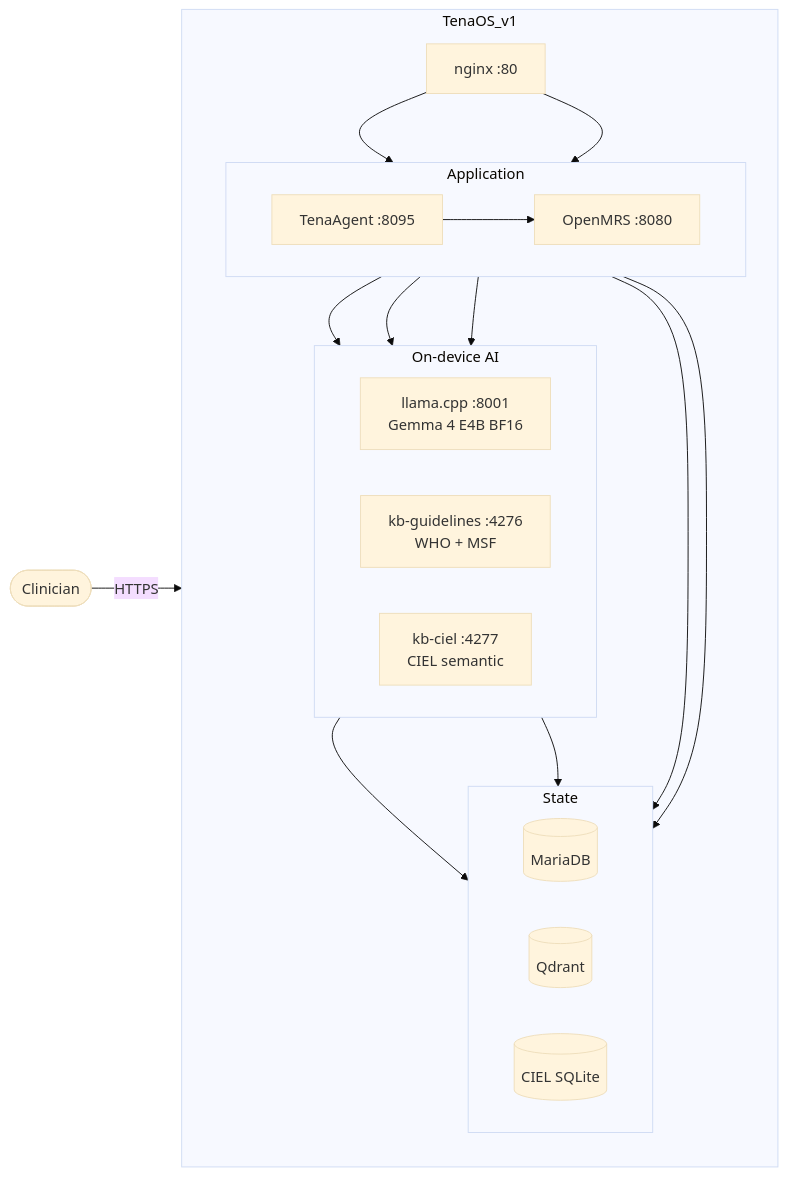
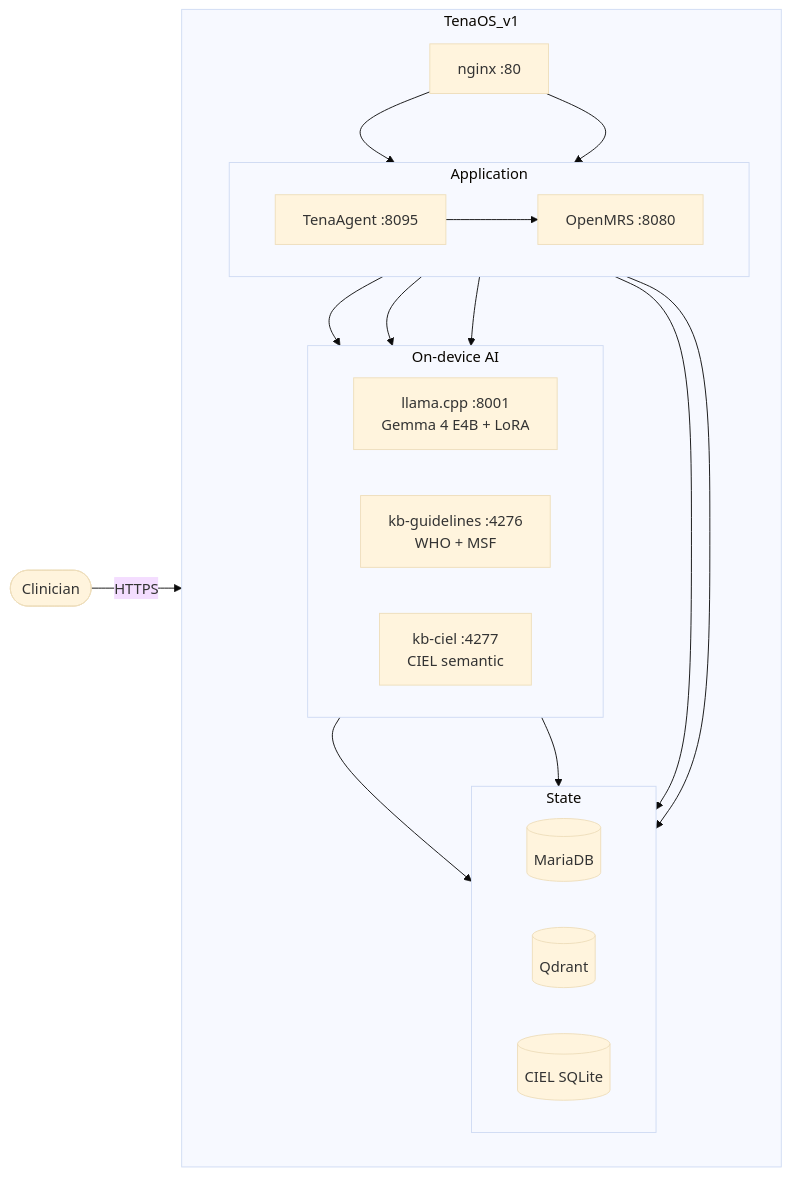
Before and after one commit to brookyale0512/TenaOS: the second of 8 diagrams in README.md, drawn with Mermaid (base theme). The commit also changed other lines of this file and 6 other files, not shown here.

````diff
--- a/README.md
+++ b/README.md
@@ -157,42 +158,42 @@
 ```mermaid
 flowchart LR
     Clinician(["Clinician"])
 
     subgraph Container ["TenaOS_v1"]
         direction TB
         Nginx["nginx :80"]
 
         subgraph App ["Application"]
             direction LR
             Agent["TenaAgent :8095"]
             OMRS["OpenMRS :8080"]
         end
 
         subgraph AI ["On-device AI"]
             direction LR
-            LLM["llama.cpp :8001<br/>Gemma 4 E4B BF16"]
+            LLM["llama.cpp :8001<br/>Gemma 4 E4B + LoRA"]
             KBG["kb-guidelines :4276<br/>WHO + MSF"]
             KBC["kb-ciel :4277<br/>CIEL semantic"]
         end
 
         subgraph Data ["State"]
             direction LR
             DB[("MariaDB")]
             QD[("Qdrant")]
             CIEL[("CIEL SQLite")]
         end
 
         Nginx --> Agent
         Nginx --> OMRS
         Agent --> OMRS
         Agent --> LLM
         Agent --> KBG
         Agent --> KBC
         Agent --> CIEL
         OMRS --> DB
         KBG --> QD
         KBC --> QD
     end
 
     Clinician -->|"HTTPS"| Nginx
 ```
````
